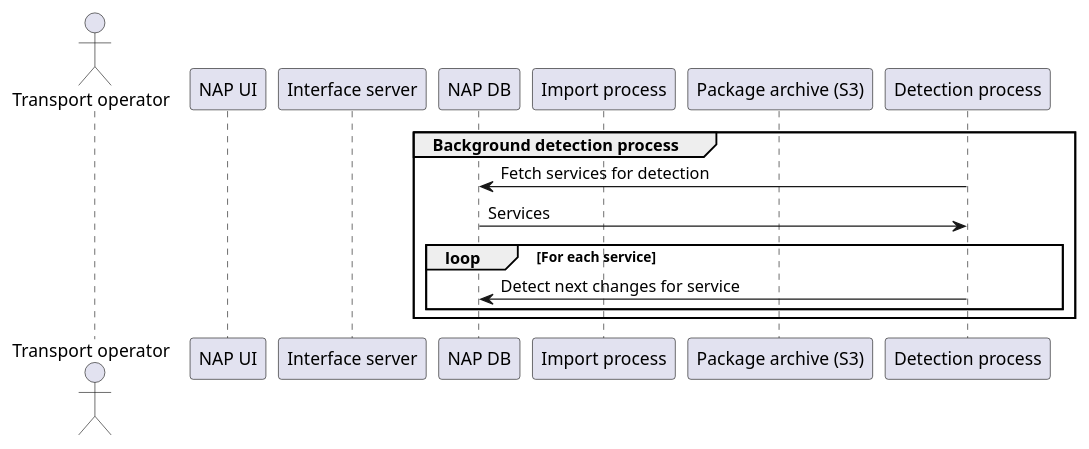
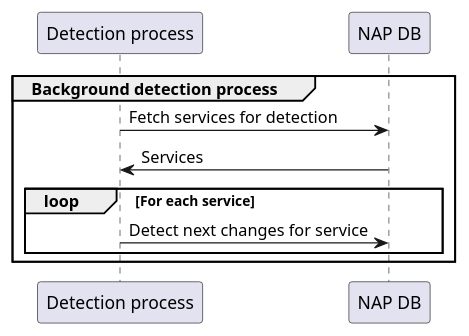
The diagram in docs/transit-changes/detection-process.plantuml (tmfg/mmtis-national-access-point), drawn with PlantUML before and after one commit. The commit also changed 5 other files, not shown here.

```diff
--- a/docs/transit-changes/detection-process.plantuml
+++ b/docs/transit-changes/detection-process.plantuml
@@ -1,22 +1,18 @@
 @startuml
 
-actor "Transport operator" as OPER
-participant "NAP UI" as UI
-participant "Interface server" as IFACE
+participant "Detection process" as DEP
 participant "NAP DB" as DB
-participant "Import process" as IMP
-participant "Package archive (S3)" as S3
-participant "Detection process" as DEP
+
 
 group Background detection process
 DEP->DB: Fetch services for detection
 DB->DEP: Services
 loop For each service
 DEP->DB: Detect next changes for service
 end
 end
 
 
 
 
 @enduml
```
